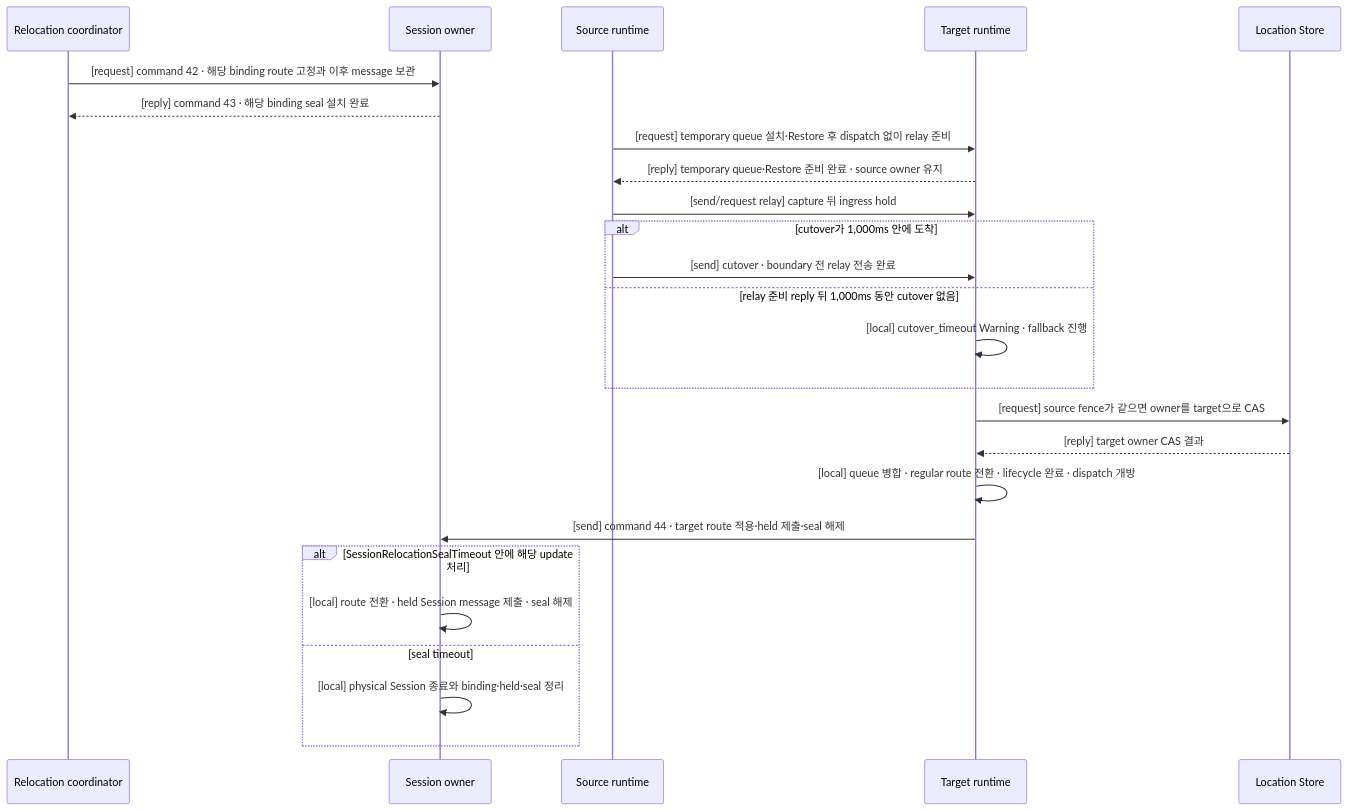
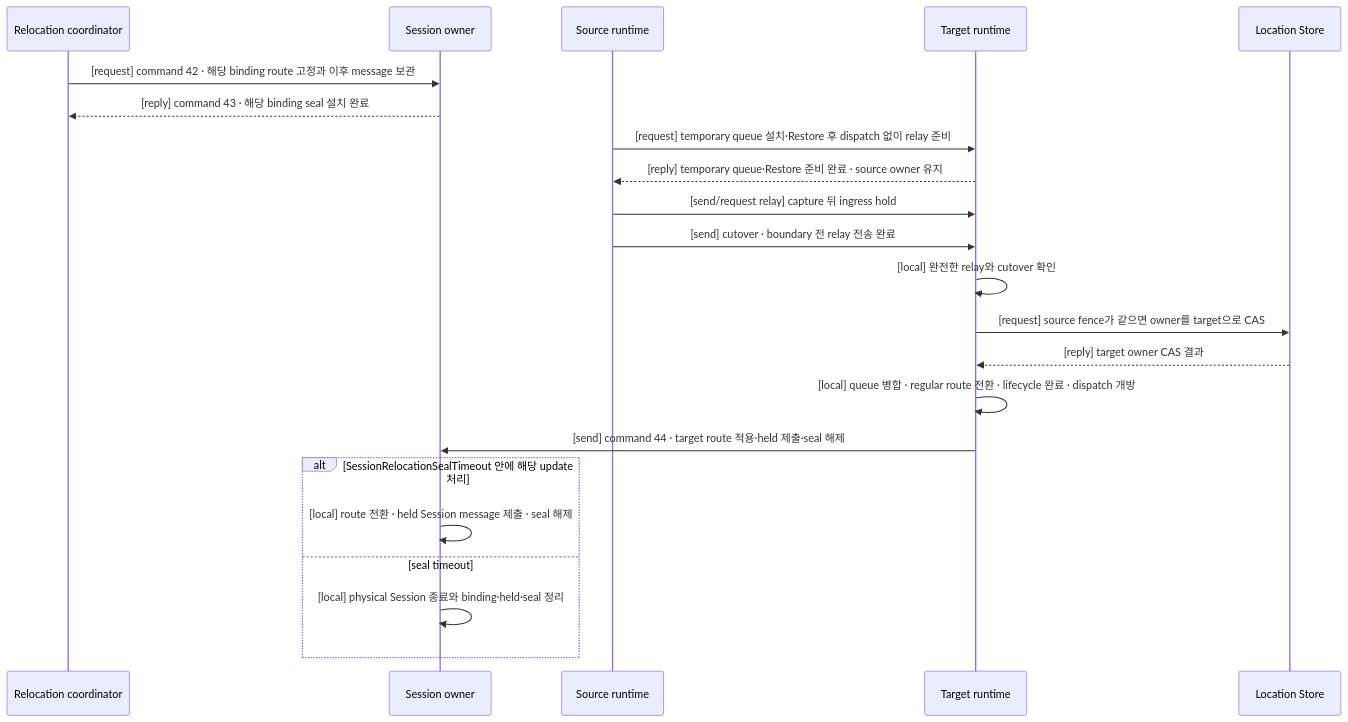
One commit to zlink-systems/zlink changed the fourth of 4 diagrams in framework/doc/framework/common/spec/server/04-session/02-session-actor-binding.ko.md. Above: the diagram before and after it, drawn with Mermaid. The commit also changed other lines of this file and 73 other files, not shown here.

````diff
--- a/framework/doc/framework/common/spec/server/04-session/02-session-actor-binding.ko.md
+++ b/framework/doc/framework/common/spec/server/04-session/02-session-actor-binding.ko.md
@@ -499,28 +499,25 @@
 ```mermaid
 sequenceDiagram
     participant C as Relocation coordinator
     participant S as Session owner
     participant A as Source runtime
     participant B as Target runtime
     participant L as Location Store
 
     C->>S: [request] command 42 · 해당 binding route 고정과 이후 message 보관
     S-->>C: [reply] command 43 · 해당 binding seal 설치 완료
     A->>B: [request] temporary queue 설치·Restore 후 dispatch 없이 relay 준비
     B-->>A: [reply] temporary queue·Restore 준비 완료 · source owner 유지
     A->>B: [send/request relay] capture 뒤 ingress hold
-    alt cutover가 1,000ms 안에 도착
-        A->>B: [send] cutover · boundary 전 relay 전송 완료
-    else relay 준비 reply 뒤 1,000ms 동안 cutover 없음
-        B->>B: [local] cutover_timeout Warning · fallback 진행
-    end
+    A->>B: [send] cutover · boundary 전 relay 전송 완료
+    B->>B: [local] 완전한 relay와 cutover 확인
     B->>L: [request] source fence가 같으면 owner를 target으로 CAS
     L-->>B: [reply] target owner CAS 결과
     B->>B: [local] queue 병합 · regular route 전환 · lifecycle 완료 · dispatch 개방
     B->>S: [send] command 44 · target route 적용·held 제출·seal 해제
     alt SessionRelocationSealTimeout 안에 해당 update 처리
         S->>S: [local] route 전환 · held Session message 제출 · seal 해제
     else seal timeout
         S->>S: [local] physical Session 종료와 binding·held·seal 정리
     end
 ```
````
